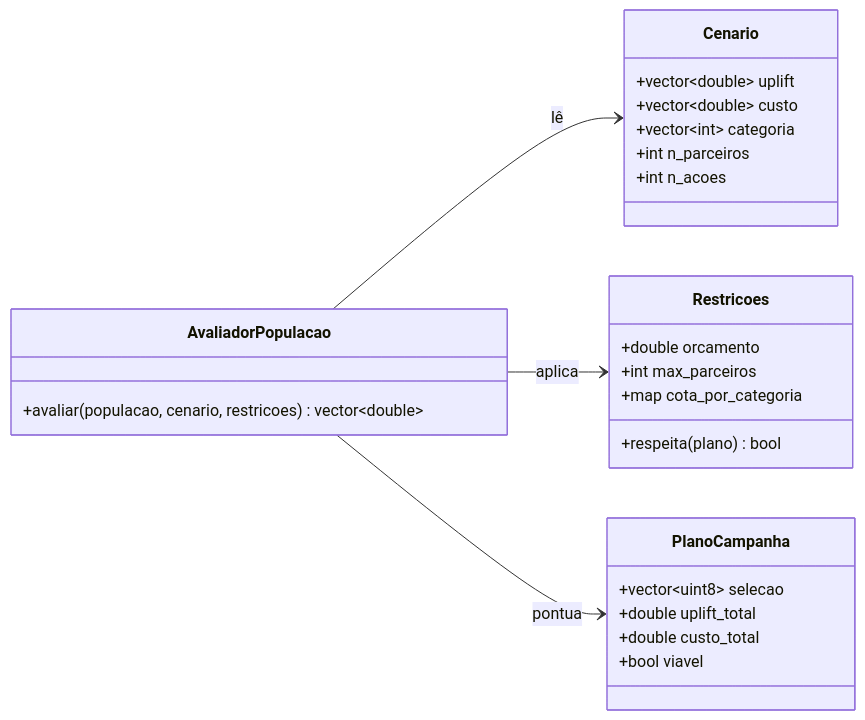
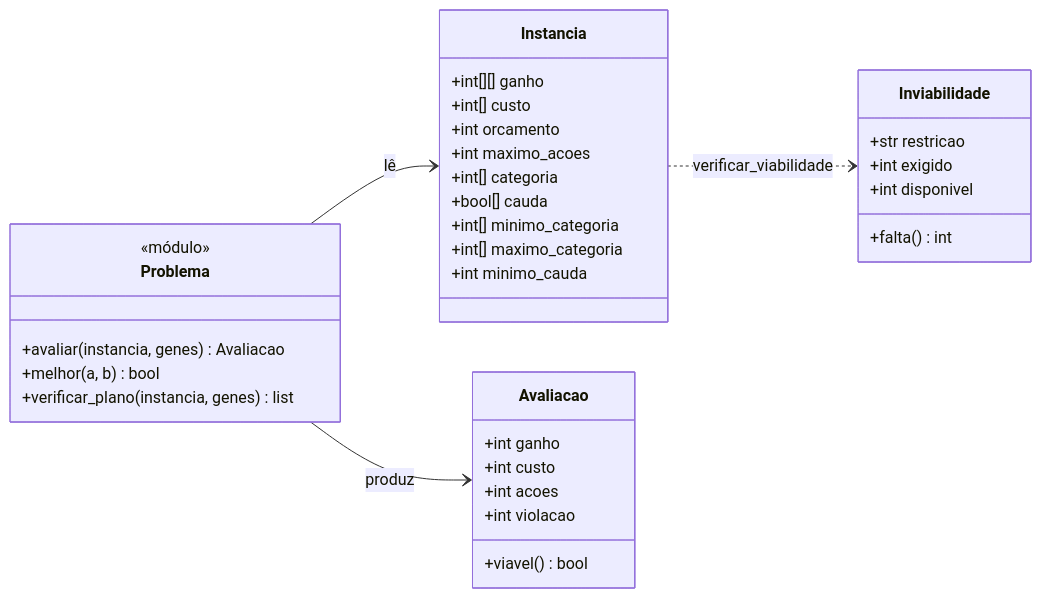
The seventh of 8 diagrams in docs/10-diagrama-de-classes.md (PedroMiranda243/gih-fabrica-de-software), drawn with Mermaid before and after one commit. The commit also changed other lines of this file and 5 other files, not shown here.

````diff
--- a/docs/10-diagrama-de-classes.md
+++ b/docs/10-diagrama-de-classes.md
@@ -533,34 +555,42 @@
 ```mermaid
 classDiagram
     direction LR
 
-    class Cenario {
-        +vector~double~ uplift
-        +vector~double~ custo
-        +vector~int~ categoria
-        +int n_parceiros
-        +int n_acoes
+    class Instancia {
+        +int[][] ganho
+        +int[] custo
+        +int orcamento
+        +int maximo_acoes
+        +int[] categoria
+        +bool[] cauda
+        +int[] minimo_categoria
+        +int[] maximo_categoria
+        +int minimo_cauda
     }
 
-    class Restricoes {
-        +double orcamento
-        +int max_parceiros
-        +map cota_por_categoria
-        +respeita(plano) bool
+    class Avaliacao {
+        +int ganho
+        +int custo
+        +int acoes
+        +int violacao
+        +viavel() bool
     }
 
-    class PlanoCampanha {
-        +vector~uint8~ selecao
-        +double uplift_total
-        +double custo_total
-        +bool viavel
+    class Inviabilidade {
+        +str restricao
+        +int exigido
+        +int disponivel
+        +falta() int
     }
 
-    class AvaliadorPopulacao {
-        +avaliar(populacao, cenario, restricoes) vector~double~
+    class Problema {
+        <<módulo>>
+        +avaliar(instancia, genes) Avaliacao
+        +melhor(a, b) bool
+        +verificar_plano(instancia, genes) list
     }
 
-    AvaliadorPopulacao --> Cenario : lê
-    AvaliadorPopulacao --> Restricoes : aplica
-    AvaliadorPopulacao --> PlanoCampanha : pontua
+    Problema --> Instancia : lê
+    Problema --> Avaliacao : produz
+    Instancia ..> Inviabilidade : verificar_viabilidade
 ```
````
